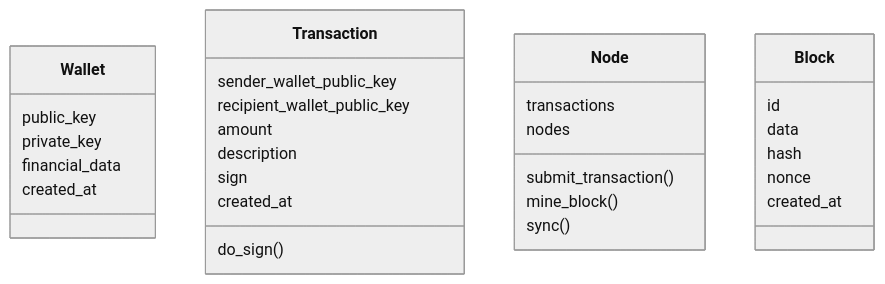
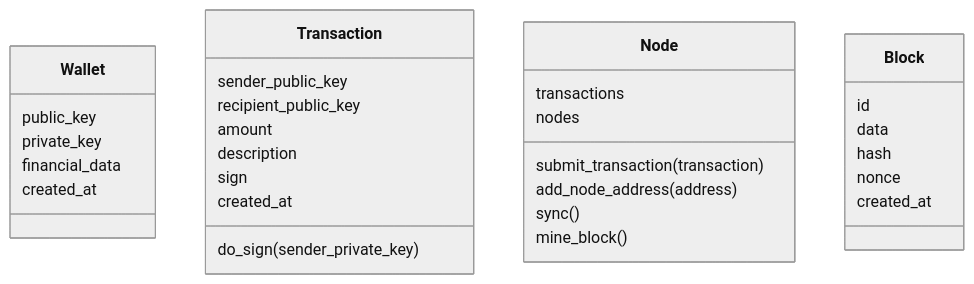
One commit to victorabarros/CS50chain changed the diagram in README.md. Above: the diagram before and after it, drawn with Mermaid (neutral theme). The commit also changed other lines of this file and 3 other files, not shown here.

````diff
--- a/README.md
+++ b/README.md
@@ -38,35 +38,36 @@
 ```mermaid
 classDiagram
 class Wallet {
     public_key
     private_key
     financial_data
     created_at
 }
 
 class Transaction {
-    sender_wallet_public_key
-    recipient_wallet_public_key
+    sender_public_key
+    recipient_public_key
     amount
     description
     sign
     created_at
-    do_sign()
+    do_sign(sender_private_key)
 }
 
 class Node {
     transactions
     nodes
-    submit_transaction()
+    submit_transaction(transaction)
+    add_node_address(address)
+    sync()
     mine_block()
-    sync()
 }
 
 class Block {
     id
     data
     hash
     nonce
     created_at
 }
 ```
````
